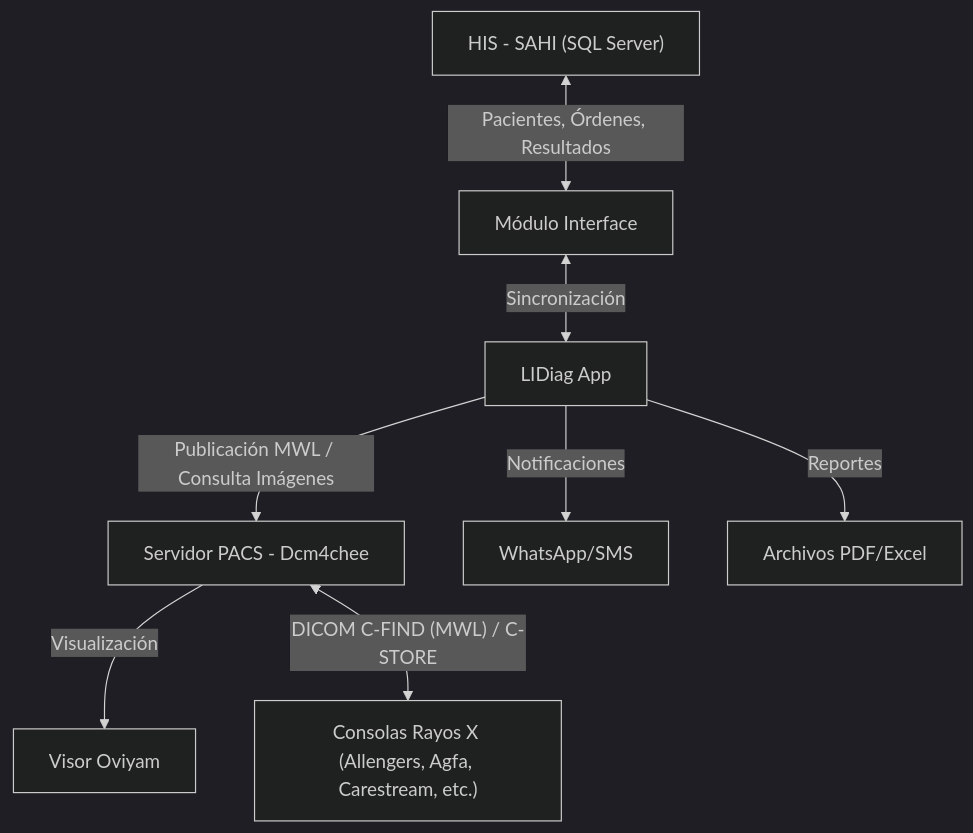
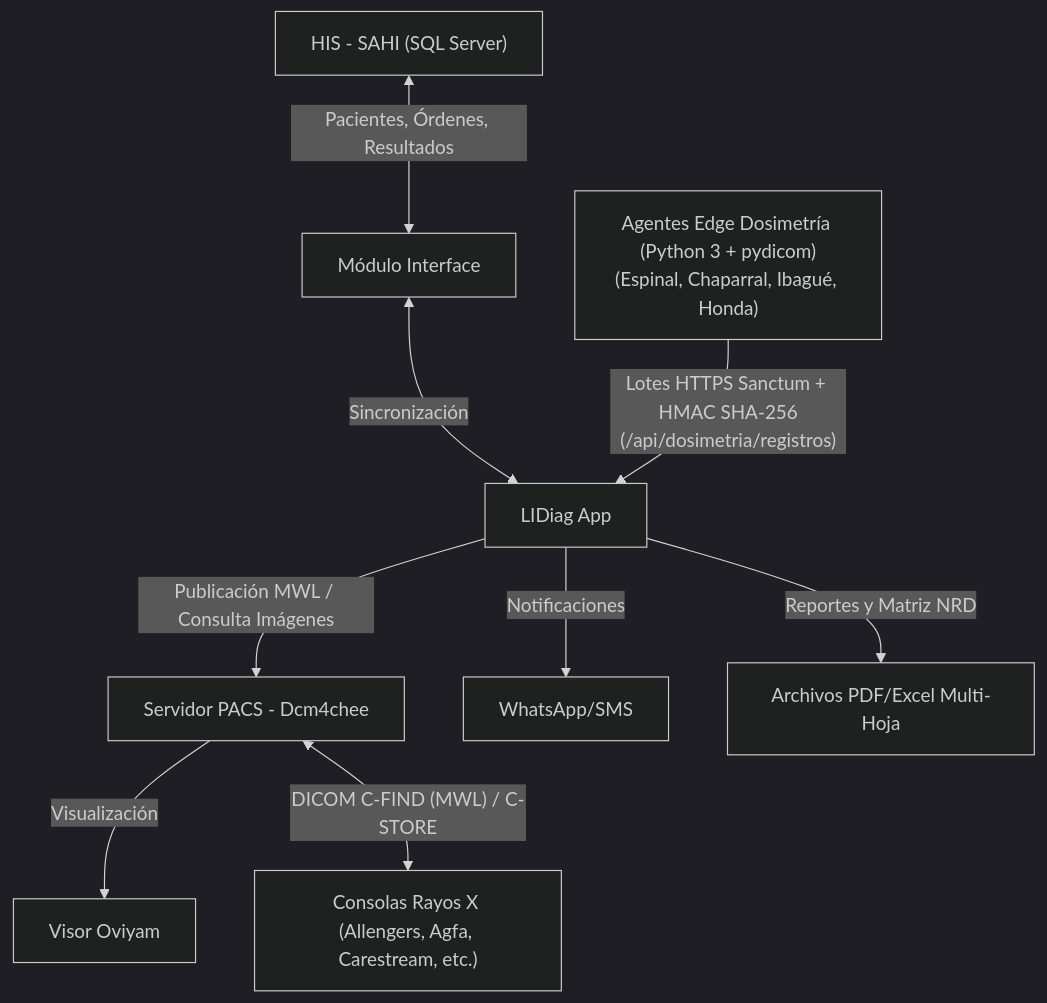
The first of 2 diagrams in README.md (soportesaludtolimaips/lidiag), drawn with Mermaid (dark theme) before and after one commit. The commit also changed other lines of this file and 3 other files, not shown here.

````diff
--- a/README.md
+++ b/README.md
@@ -63,10 +63,11 @@
 ```mermaid
 graph TD
     HIS["HIS - SAHI (SQL Server)"] <-->|"Pacientes, Órdenes, Resultados"| Interface["Módulo Interface"]
     Interface <-->|"Sincronización"| LIDiag["LIDiag App"]
     LIDiag -->|"Publicación MWL / Consulta Imágenes"| PACS["Servidor PACS - Dcm4chee"]
     PACS -->|"Visualización"| Oviyam["Visor Oviyam"]
     PACS <-->|"DICOM C-FIND (MWL) / C-STORE"| Consolas["Consolas Rayos X (Allengers, Agfa, Carestream, etc.)"]
+    AgentesEdge["Agentes Edge Dosimetría (Python 3 + pydicom)<br/>(Espinal, Chaparral, Ibagué, Honda)"] -->|"Lotes HTTPS Sanctum + HMAC SHA-256<br/>(/api/dosimetria/registros)"| LIDiag
     LIDiag -->|"Notificaciones"| Twilio["WhatsApp/SMS"]
-    LIDiag -->|"Reportes"| PDF_Excel["Archivos PDF/Excel"]
+    LIDiag -->|"Reportes y Matriz NRD"| PDF_Excel["Archivos PDF/Excel Multi-Hoja"]
 ```
````
